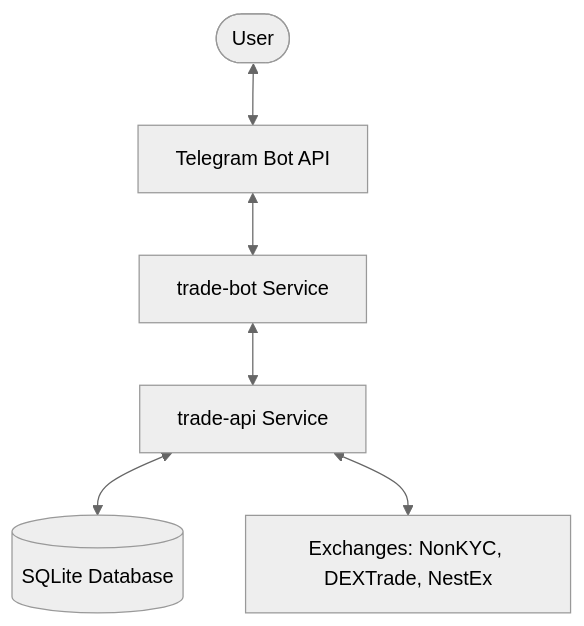
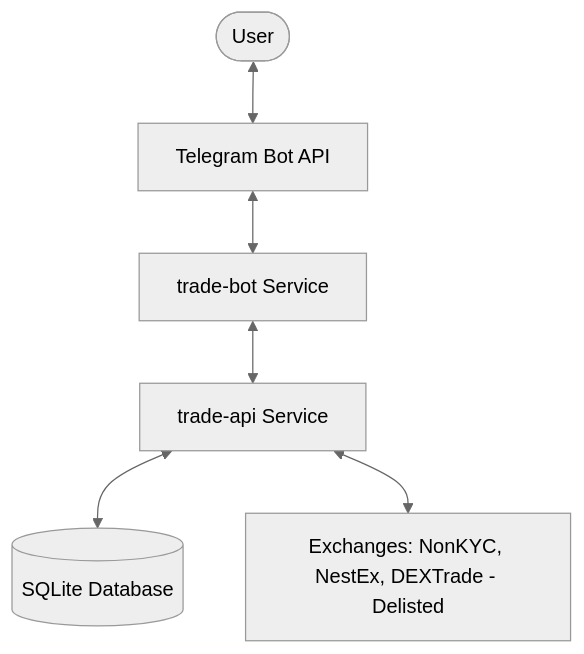
The diagram in docs/TRADE_ARCHITECTURE.md (edisontw/pepepow-wallet-suite), drawn with Mermaid (neutral theme) before and after one commit. The commit also changed other lines of this file and 19 other files, not shown here.

````diff
--- a/docs/TRADE_ARCHITECTURE.md
+++ b/docs/TRADE_ARCHITECTURE.md
@@ -14,8 +14,8 @@
 ```mermaid
 graph TD
     User([User]) <--> Telegram[Telegram Bot API]
     Telegram <--> Bot[trade-bot Service]
     Bot <--> API[trade-api Service]
     API <--> DB[(SQLite Database)]
-    API <--> Exchange[Exchanges: NonKYC, DEXTrade, NestEx]
+    API <--> Exchange[Exchanges: NonKYC, NestEx, DEXTrade - Delisted]
 ```
````
